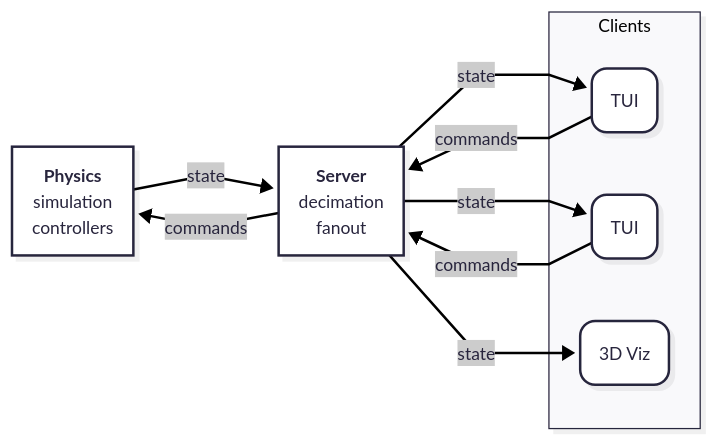
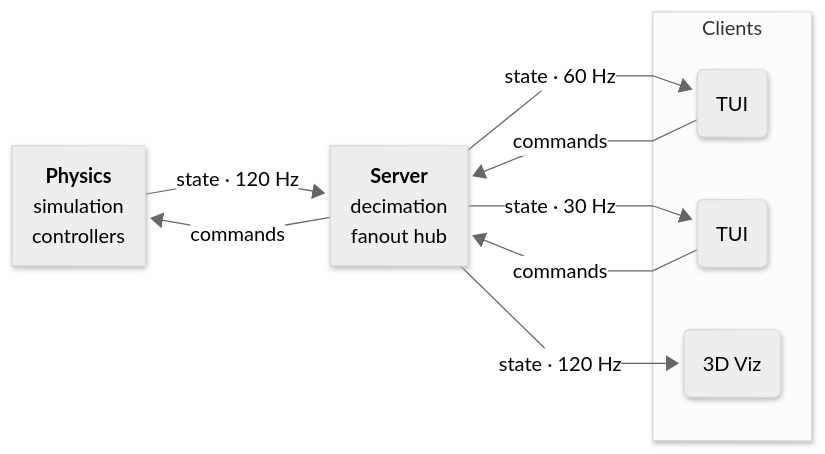
One commit to msdemers/roboremote changed the diagram in README.md. Above: the diagram before and after it, drawn with Mermaid.

Commit message:
docs: update high level diagram formatting and details

````diff
--- a/README.md
+++ b/README.md
@@ -92,28 +92,28 @@
 ```mermaid
 ---
 config:
   layout: dagre
   look: neo
-  theme: redux
+  theme: neutral
   flowchart:
     curve: linear
 ---
 flowchart LR
-    phys["`**Physics**
+    phys["`****Physics****
     simulation
-    controllers`"] --> |state| serv["`**Server**`"
+    controllers`"] --> |state · 120 Hz| serv["`****Server****`"
     decimation
-    fanout
+    fanout hub
     ]
     serv --> |commands| phys
-    serv --> |state| tui1[TUI]@{ shape: rounded }
-    serv --> |state| tui2[TUI]@{ shape: rounded }
+    serv --> |state · 60 Hz| tui1[TUI]@{ shape: rounded }
+    serv --> |state · 30 Hz| tui2[TUI]@{ shape: rounded }
     tui1 --> |commands| serv
     tui2 --> |commands| serv
-    serv --> |state| viz[3D Viz]@{ shape: rounded }
+    serv --> |state · 120 Hz| viz[3D Viz]@{ shape: rounded }
     subgraph clients[Clients]
         tui1
         tui2
         viz
     end
 ```
````
